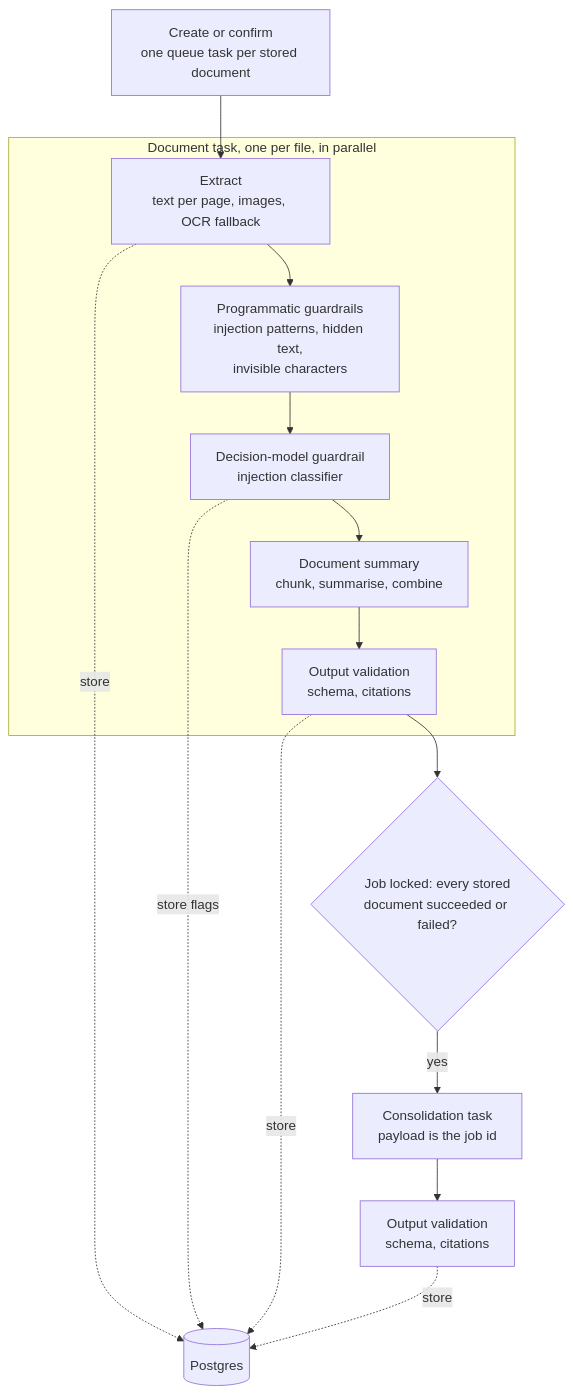
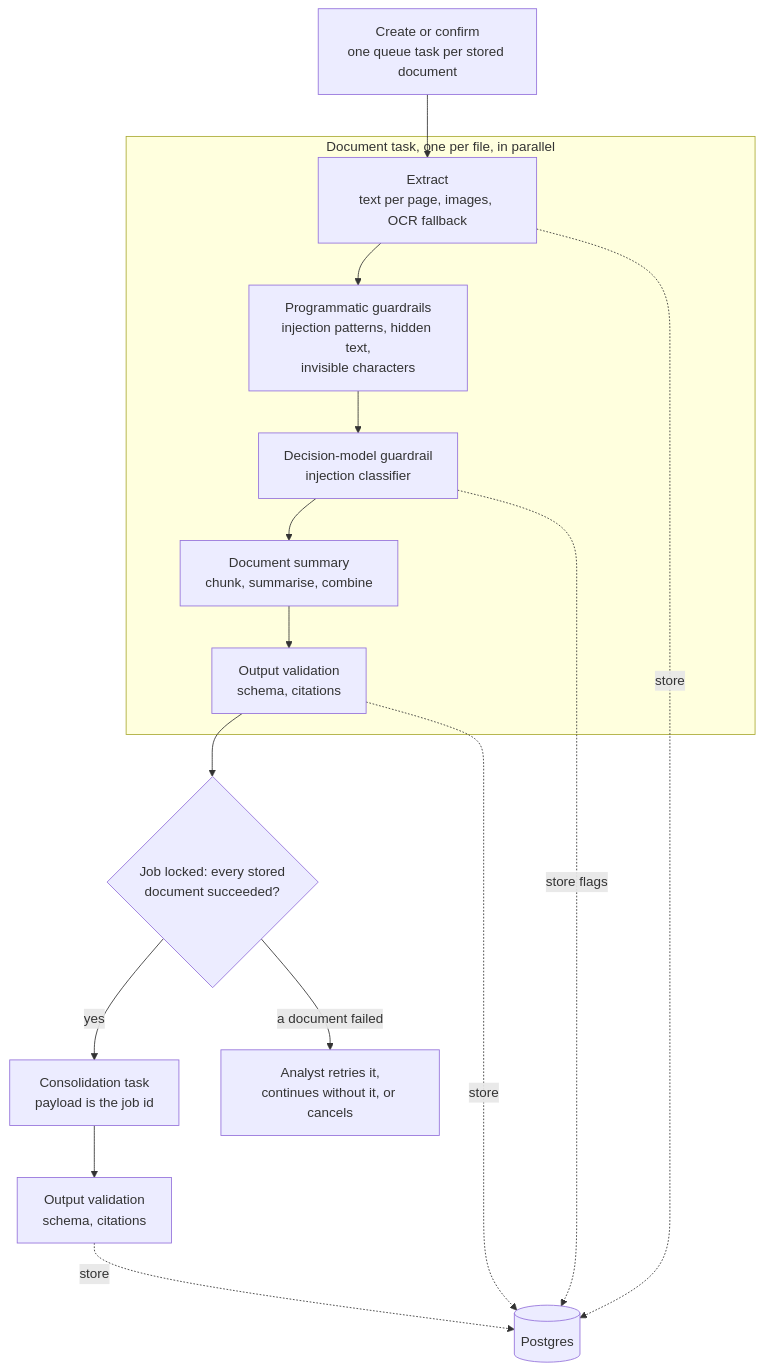
One commit to nc1z/doc-insight changed diagram 12 of 13 in context/architecture.md. Above: the diagram before and after it, drawn with Mermaid. The commit also changed other lines of this file and 2 other files, not shown here.

````diff
--- a/context/architecture.md
+++ b/context/architecture.md
@@ -322,20 +319,21 @@
 ```mermaid
 flowchart TD
     Enqueue[Create or confirm<br/>one queue task per stored document] --> Extract
 
     subgraph PerDoc[Document task, one per file, in parallel]
         Extract[Extract<br/>text per page, images, OCR fallback] --> Checks[Programmatic guardrails<br/>injection patterns, hidden text,<br/>invisible characters]
         Checks --> Classifier[Decision-model guardrail<br/>injection classifier]
         Classifier --> Summarise[Document summary<br/>chunk, summarise, combine]
         Summarise --> ValidateDoc[Output validation<br/>schema, citations]
     end
 
-    ValidateDoc --> FanIn{Job locked: every stored<br/>document succeeded or failed?}
+    ValidateDoc --> FanIn{Job locked: every stored<br/>document succeeded?}
     FanIn -- yes --> Consolidate[Consolidation task<br/>payload is the job id]
+    FanIn -- "a document failed" --> Decide[Analyst retries it,<br/>continues without it, or cancels]
     Consolidate --> ValidateReport[Output validation<br/>schema, citations]
 
     Extract -. store .-> DB[(Postgres)]
     Classifier -. store flags .-> DB
     ValidateDoc -. store .-> DB
     ValidateReport -. store .-> DB
 ```
````
